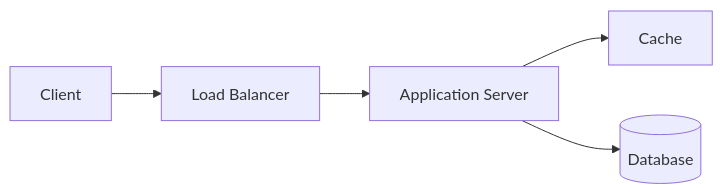
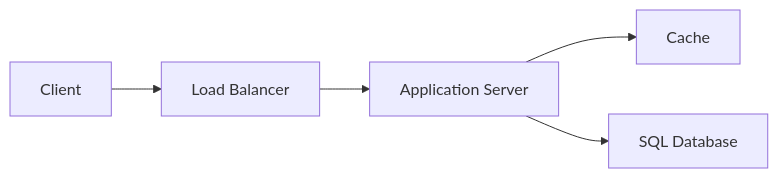
One commit to Prateesh-Sulikeri/ScaleCraft changed the diagram in public/docs/app-server.md. Above: the diagram before and after it, drawn with Mermaid. The commit also changed other lines of this file and 32 other files, not shown here.

````diff
--- a/public/docs/app-server.md
+++ b/public/docs/app-server.md
@@ -23,7 +46,7 @@
 ```mermaid
 graph LR
-Client --> LB[Load Balancer]
-LB --> App[Application Server]
-App --> Cache
-App --> DB[(Database)]
+    A[Client] --> B[Load Balancer]
+    B --> C[Application Server]
+    C --> D[Cache]
+    C --> E[SQL Database]
 ```
````
